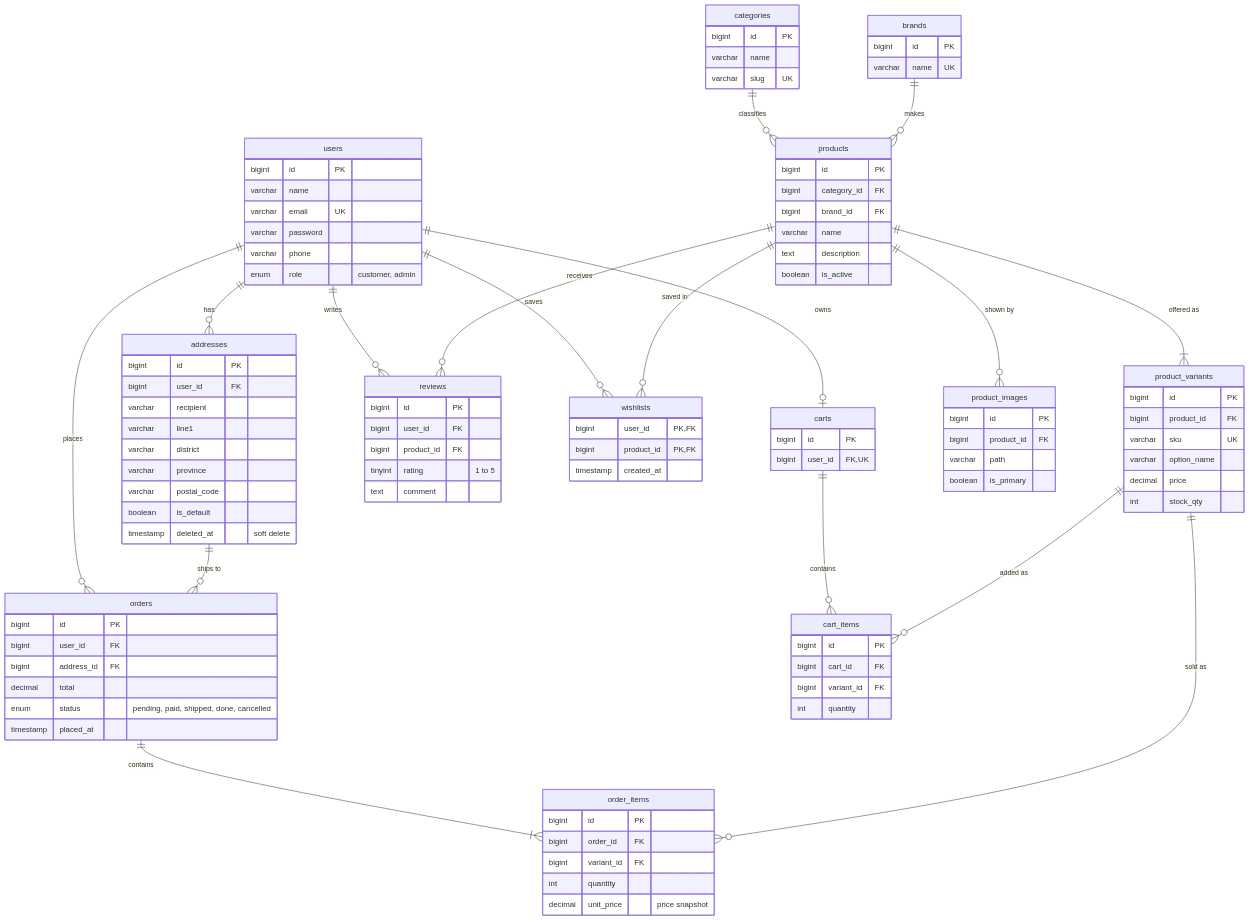
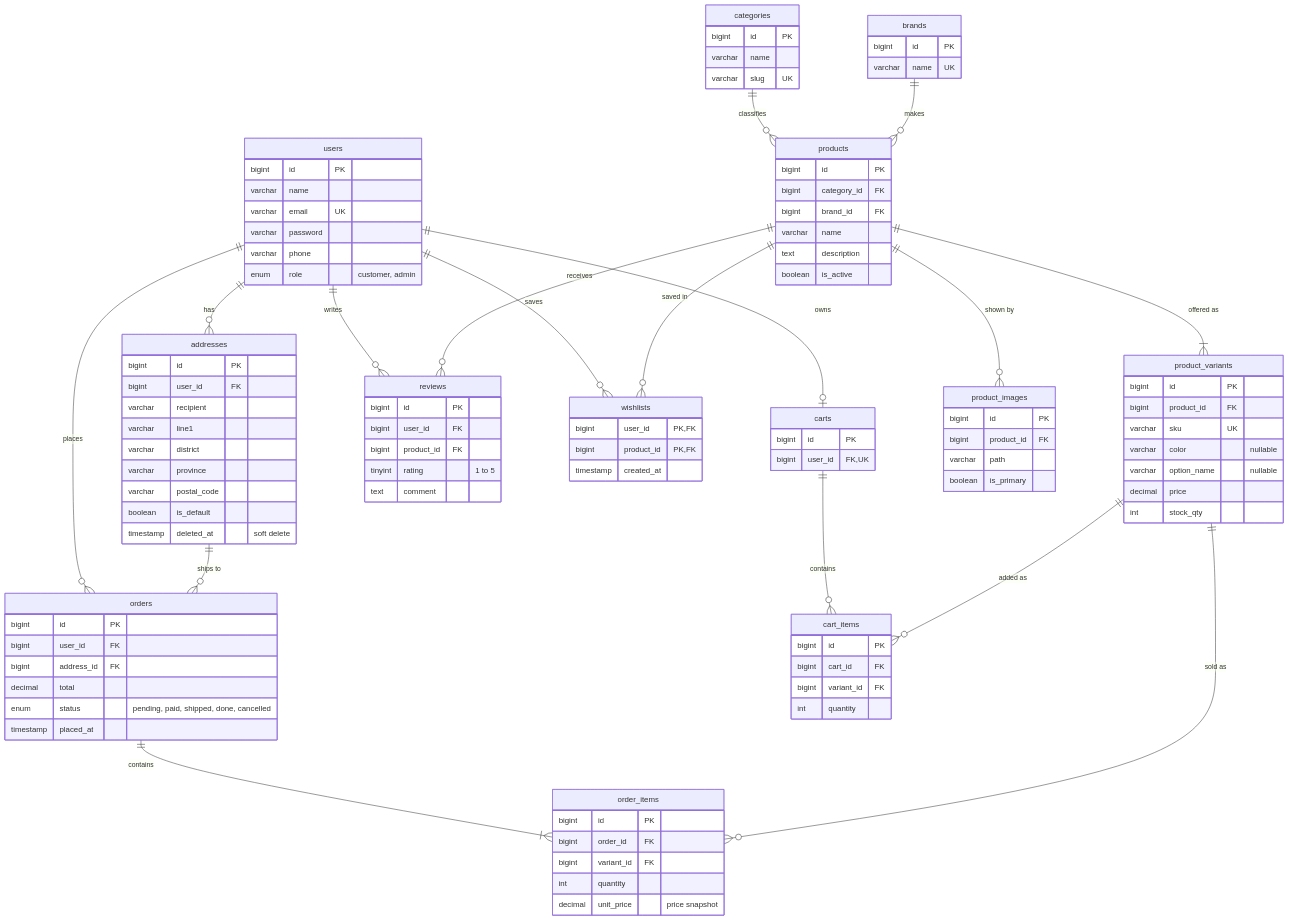
Before and after one commit to sriv95/261342-Database-Project: the diagram in docs/er.mmd, drawn with Mermaid. The commit also changed 206 other files, not shown here.

```diff
--- a/docs/er.mmd
+++ b/docs/er.mmd
@@ -1,105 +1,106 @@
 erDiagram
     users ||--o{ addresses : "has"
     users ||--o| carts : "owns"
     users ||--o{ orders : "places"
     users ||--o{ reviews : "writes"
     users ||--o{ wishlists : "saves"
     addresses ||--o{ orders : "ships to"
     categories ||--o{ products : "classifies"
     brands ||--o{ products : "makes"
     products ||--|{ product_variants : "offered as"
     products ||--o{ product_images : "shown by"
     products ||--o{ reviews : "receives"
     products ||--o{ wishlists : "saved in"
     carts ||--o{ cart_items : "contains"
     product_variants ||--o{ cart_items : "added as"
     orders ||--|{ order_items : "contains"
     product_variants ||--o{ order_items : "sold as"
 
     users {
         bigint id PK
         varchar name
         varchar email UK
         varchar password
         varchar phone
         enum role "customer, admin"
     }
     addresses {
         bigint id PK
         bigint user_id FK
         varchar recipient
         varchar line1
         varchar district
         varchar province
         varchar postal_code
         boolean is_default
         timestamp deleted_at "soft delete"
     }
     categories {
         bigint id PK
         varchar name
         varchar slug UK
     }
     brands {
         bigint id PK
         varchar name UK
     }
     products {
         bigint id PK
         bigint category_id FK
         bigint brand_id FK
         varchar name
         text description
         boolean is_active
     }
     product_variants {
         bigint id PK
         bigint product_id FK
         varchar sku UK
-        varchar option_name
+        varchar color "nullable"
+        varchar option_name "nullable"
         decimal price
         int stock_qty
     }
     product_images {
         bigint id PK
         bigint product_id FK
         varchar path
         boolean is_primary
     }
     carts {
         bigint id PK
         bigint user_id FK, UK
     }
     cart_items {
         bigint id PK
         bigint cart_id FK
         bigint variant_id FK
         int quantity
     }
     orders {
         bigint id PK
         bigint user_id FK
         bigint address_id FK
         decimal total
         enum status "pending, paid, shipped, done, cancelled"
         timestamp placed_at
     }
     order_items {
         bigint id PK
         bigint order_id FK
         bigint variant_id FK
         int quantity
         decimal unit_price "price snapshot"
     }
     wishlists {
         bigint user_id PK, FK
         bigint product_id PK, FK
         timestamp created_at
     }
     reviews {
         bigint id PK
         bigint user_id FK
         bigint product_id FK
         tinyint rating "1 to 5"
         text comment
     }
```
